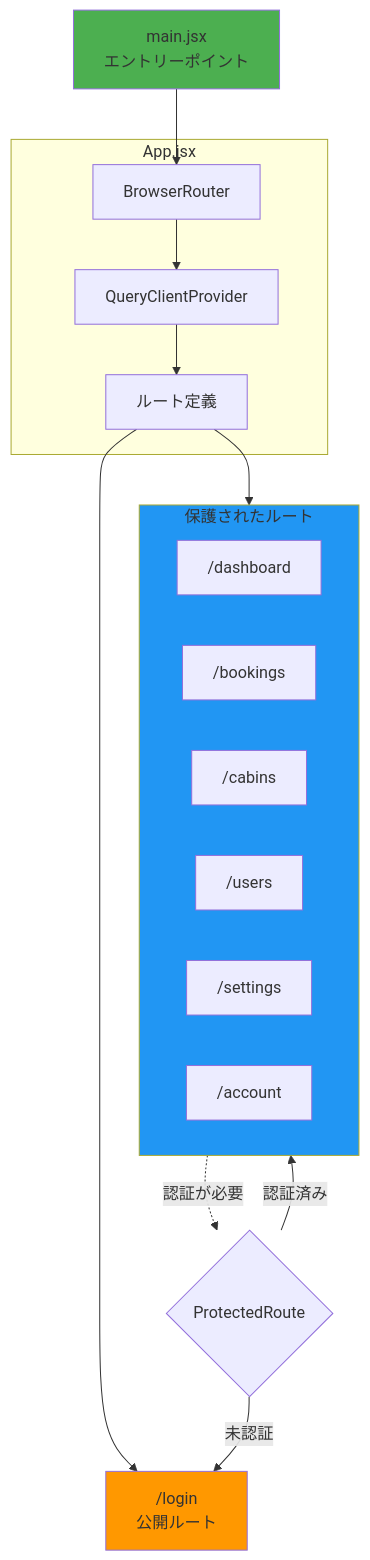
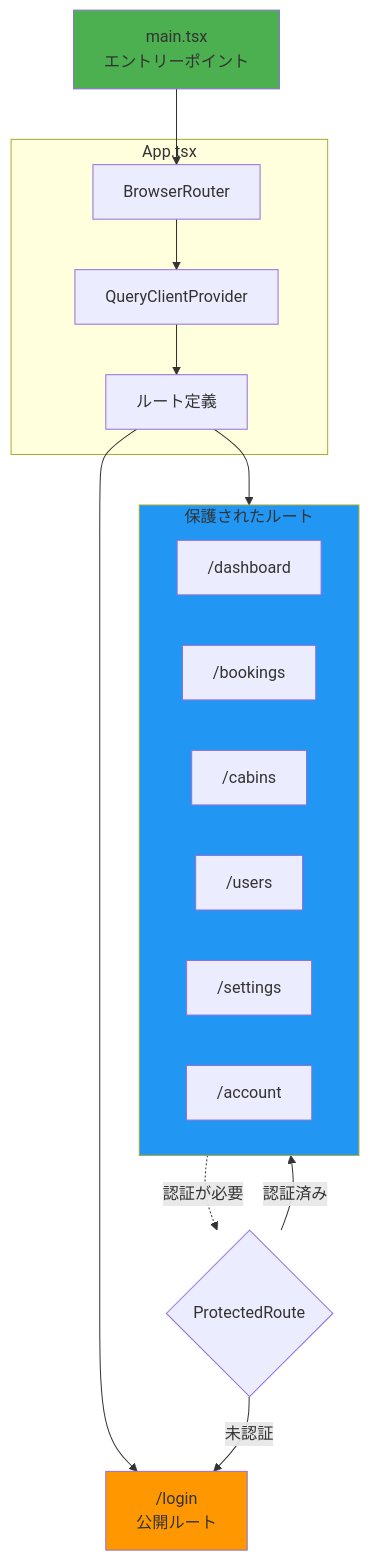
One commit to myoshi2891/The-Wild-Oasis-For-Admin changed the second of 3 diagrams in README.md. Above: the diagram before and after it, drawn with Mermaid. The commit also changed other lines of this file and 8 other files, not shown here.

````diff
--- a/README.md
+++ b/README.md
@@ -88,35 +89,35 @@
 ```mermaid
 graph TD
-    Entry[main.jsx<br/>エントリーポイント]
+    Entry[main.tsx<br/>エントリーポイント]
     
-    subgraph App["App.jsx"]
+    subgraph App["App.tsx"]
         Router[BrowserRouter]
         RQProvider[QueryClientProvider]
         Routes[ルート定義]
     end
     
     subgraph Protected["保護されたルート"]
         Dashboard["/dashboard"]
         Bookings["/bookings"]
         Cabins["/cabins"]
         Users["/users"]
         Settings["/settings"]
         Account["/account"]
     end
     
     Public["/login<br/>公開ルート"]
     
     Entry --> Router
     Router --> RQProvider
     RQProvider --> Routes
     Routes --> Protected
     Routes --> Public
     
     Protected -.認証が必要.-> Auth{ProtectedRoute}
     Auth -->|認証済み| Protected
     Auth -->|未認証| Public
     
     style Entry fill:#4CAF50
     style Protected fill:#2196F3
     style Public fill:#FF9800
 ```
````
